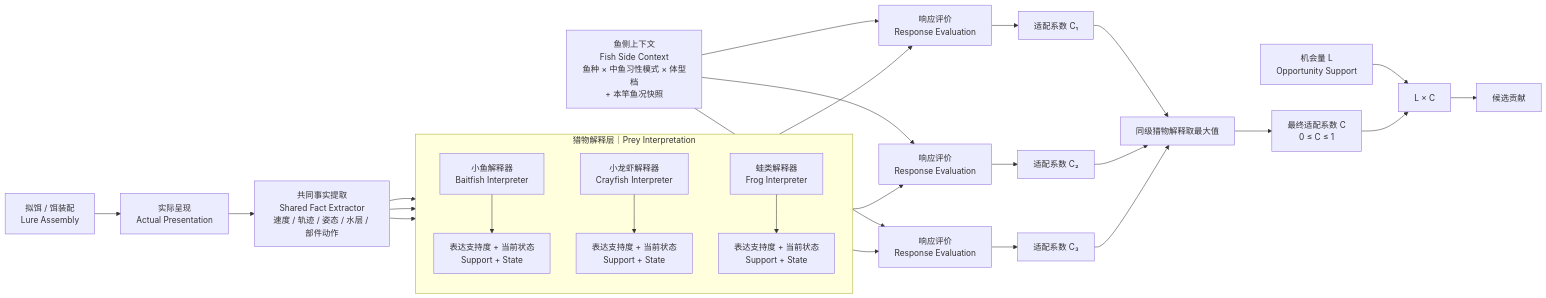
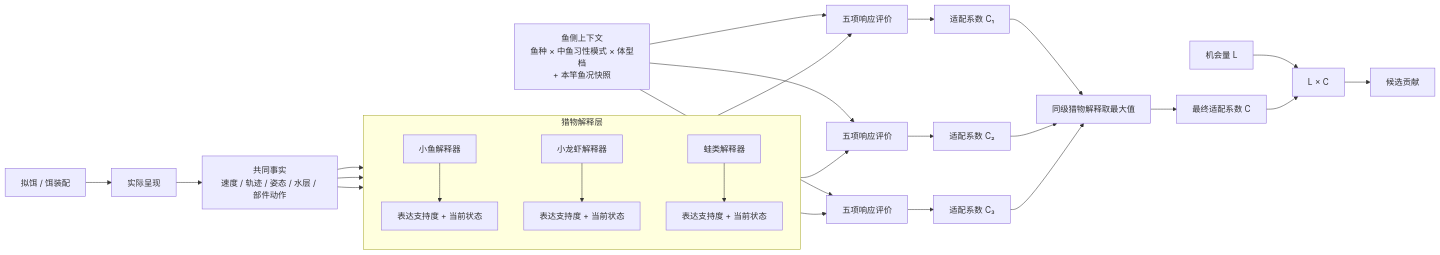
Before and after one commit to futouyiba/HitFish-Up: the diagram in docs/alignment/lure-response/2026-10-30-lure-response-alignment-draft.md, drawn with Mermaid. The commit also changed other lines of this file and 1 other file, not shown here.

Commit message:
docs: refocus lure response meeting narrative

````diff
--- a/docs/alignment/lure-response/2026-10-30-lure-response-alignment-draft.md
+++ b/docs/alignment/lure-response/2026-10-30-lure-response-alignment-draft.md
@@ -132,46 +159,44 @@
 ```mermaid
 flowchart LR
-    A[拟饵 / 饵装配\nLure Assembly]
-    B[实际呈现\nActual Presentation]
-    F[共同事实提取\nShared Fact Extractor\n速度 / 轨迹 / 姿态 / 水层 / 部件动作]
+    A[拟饵 / 饵装配]
+    B[实际呈现]
+    F[共同事实\n速度 / 轨迹 / 姿态 / 水层 / 部件动作]
 
-    A --> B
-    B --> F
+    A --> B --> F
 
-    subgraph PI[猎物解释层｜Prey Interpretation]
+    subgraph PI[猎物解释层]
       direction TB
-      I1[小鱼解释器\nBaitfish Interpreter]
-      I2[小龙虾解释器\nCrayfish Interpreter]
-      I3[蛙类解释器\nFrog Interpreter]
-
-      I1 --> S1[表达支持度 + 当前状态\nSupport + State]
-      I2 --> S2[表达支持度 + 当前状态\nSupport + State]
-      I3 --> S3[表达支持度 + 当前状态\nSupport + State]
+      I1[小鱼解释器]
+      I2[小龙虾解释器]
+      I3[蛙类解释器]
+      I1 --> S1[表达支持度 + 当前状态]
+      I2 --> S2[表达支持度 + 当前状态]
+      I3 --> S3[表达支持度 + 当前状态]
     end
 
     F --> I1
     F --> I2
     F --> I3
 
-    FC[鱼侧上下文\nFish Side Context\n鱼种 × 中鱼习性模式 × 体型档\n+ 本竿鱼况快照]
+    FC[鱼侧上下文\n鱼种 × 中鱼习性模式 × 体型档\n+ 本竿鱼况快照]
 
-    S1 --> R1[响应评价\nResponse Evaluation]
-    S2 --> R2[响应评价\nResponse Evaluation]
-    S3 --> R3[响应评价\nResponse Evaluation]
+    S1 --> R1[五项响应评价]
+    S2 --> R2[五项响应评价]
+    S3 --> R3[五项响应评价]
     FC --> R1
     FC --> R2
     FC --> R3
 
     R1 --> C1[适配系数 C₁]
     R2 --> C2[适配系数 C₂]
     R3 --> C3[适配系数 C₃]
 
     C1 --> MX[同级猎物解释取最大值]
     C2 --> MX
     C3 --> MX
 
-    MX --> C[最终适配系数 C\n0 ≤ C ≤ 1]
-    O[机会量 L\nOpportunity Support] --> J[L × C]
+    MX --> C[最终适配系数 C]
+    O[机会量 L] --> J[L × C]
     C --> J
     J --> Q[候选贡献]
 ```
````
